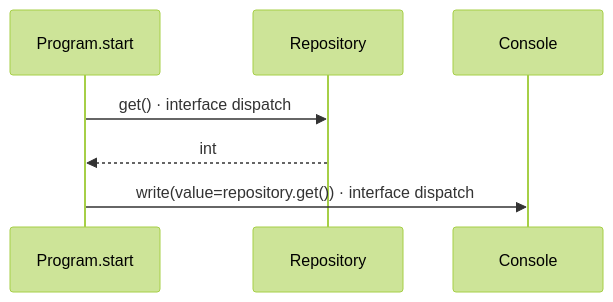
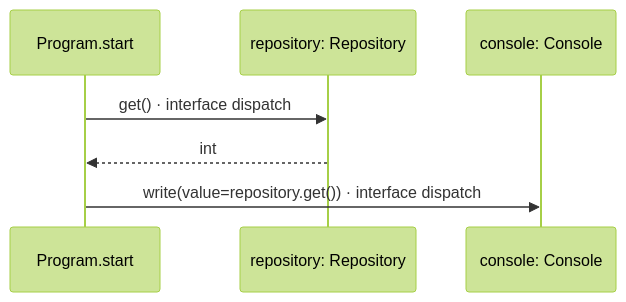
Before and after one commit to GreenPandaStudios/augscript: the third of 3 diagrams in docs/examples/generic-di/types-diagrams.md, drawn with Mermaid (forest theme). The commit also changed 102 other files, not shown here.

Commit message:
Keep named service receivers distinct in sequence data flow

````diff
--- a/docs/examples/generic-di/types-diagrams.md
+++ b/docs/examples/generic-di/types-diagrams.md
@@ -90,9 +90,9 @@
 ```mermaid
 sequenceDiagram
     participant p0 as Program.start
-    participant p1 as Repository
-    participant p2 as Console
+    participant p1 as repository: Repository
+    participant p2 as console: Console
     p0->>p1: get() · interface dispatch
     p1-->>p0: int
     p0->>p2: write(value=repository.get()) · interface dispatch
 ```
````
